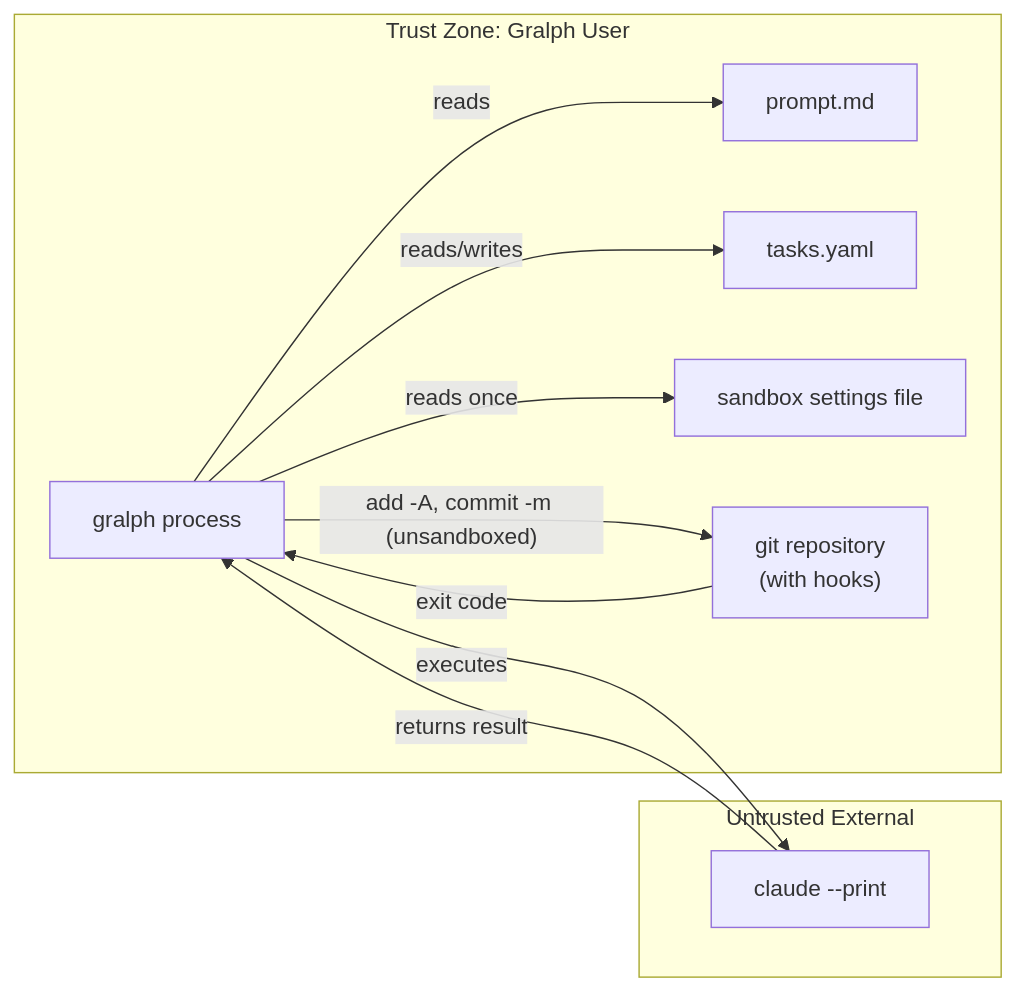
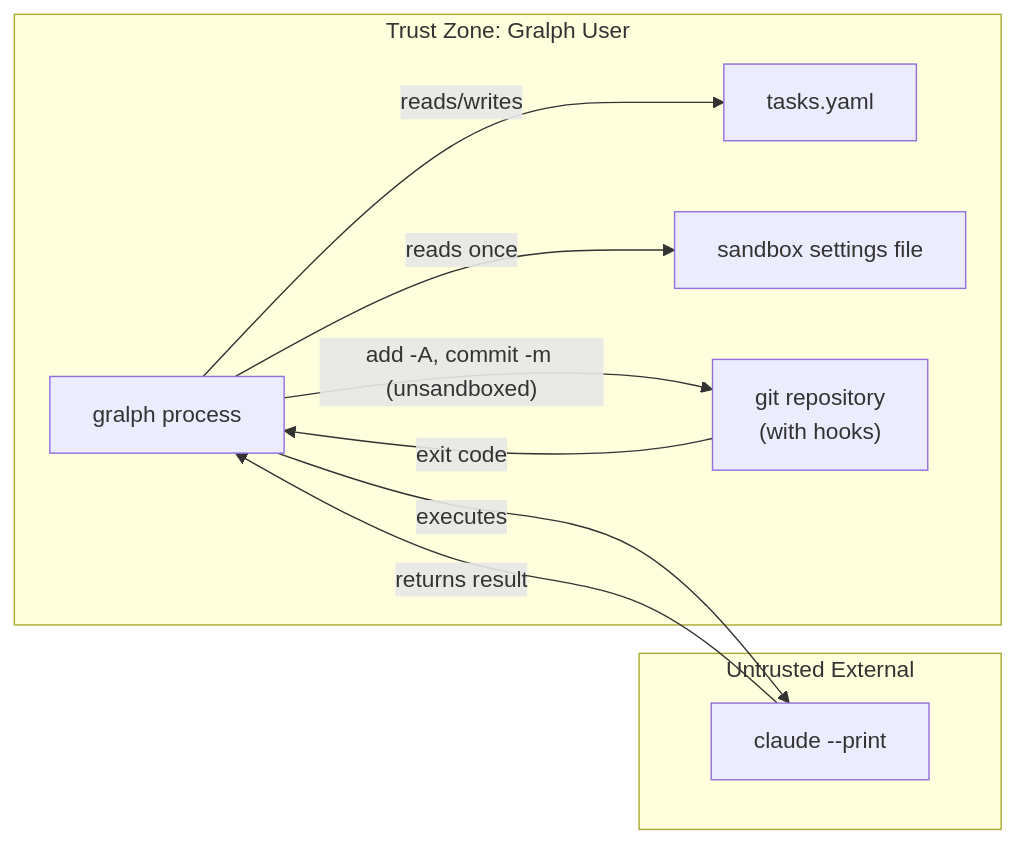
The fifth of 6 diagrams in docs/architecture/03_system_architecture.md (twistingmercury/gralph), drawn with Mermaid before and after one commit. The commit also changed other lines of this file and 55 other files, not shown here.

````diff
--- a/docs/architecture/03_system_architecture.md
+++ b/docs/architecture/03_system_architecture.md
@@ -453,20 +451,18 @@
 ```mermaid
 graph LR
     subgraph TrustZone["Trust Zone: Gralph User"]
         Gralph["gralph process"]
-        PromptFile["prompt.md"]
         TaskFile["tasks.yaml"]
         SettingsFile["sandbox settings file"]
         Git["git repository<br/>(with hooks)"]
     end
     subgraph External["Untrusted External"]
         Claude["claude --print"]
     end
-    Gralph -->|reads| PromptFile
     Gralph -->|reads/writes| TaskFile
     Gralph -->|reads once| SettingsFile
     Gralph -->|executes|Claude
     Claude -->|returns result| Gralph
     Gralph -->|"add -A, commit -m (unsandboxed)"| Git
     Git -->|exit code| Gralph
 ```
````
